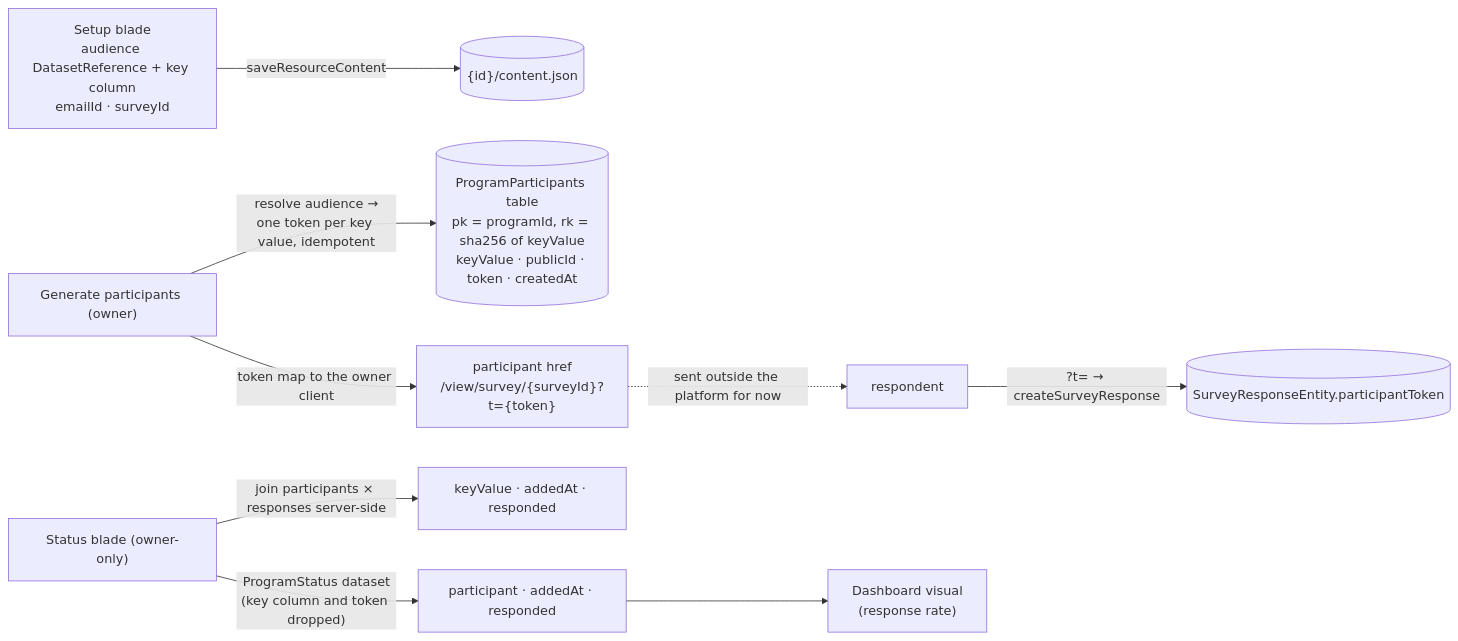
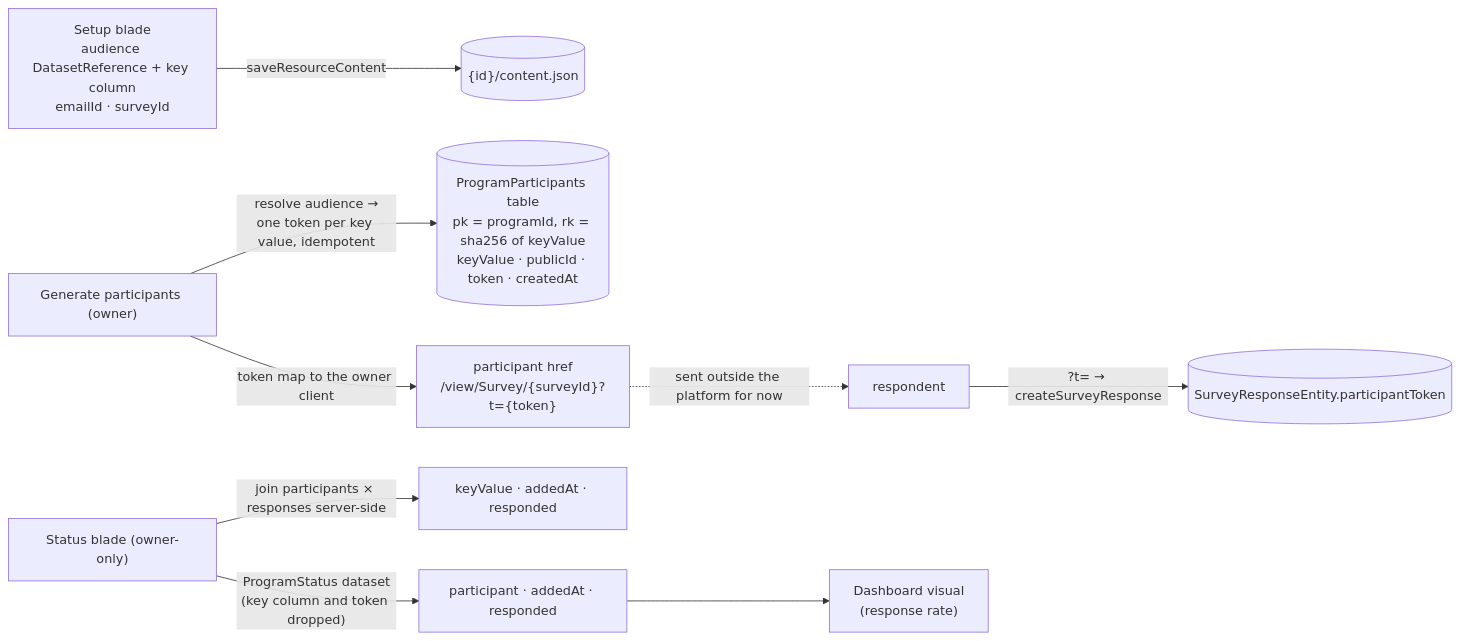
The diagram in packages/app/content/docs/platform/program-resource.md (Esposter/Esposter), drawn with Mermaid before and after one commit. The commit also changed 17 other files, not shown here.

````diff
--- a/packages/app/content/docs/platform/program-resource.md
+++ b/packages/app/content/docs/platform/program-resource.md
@@ -14,11 +14,11 @@
 ```mermaid
 flowchart LR
   SETUP["Setup blade<br/>audience DatasetReference + key column<br/>emailId · surveyId"] -->|saveResourceContent| BLOB[("{id}/content.json")]
   GEN["Generate participants (owner)"] -->|"resolve audience →<br/>one token per key value, idempotent"| INV[("ProgramParticipants table<br/>pk = programId, rk = sha256 of keyValue<br/>keyValue · publicId · token · createdAt")]
-  GEN -->|"token map to the owner client"| EXPORT["participant href<br/>/view/survey/{surveyId}?t={token}"]
+  GEN -->|"token map to the owner client"| EXPORT["participant href<br/>/view/Survey/{surveyId}?t={token}"]
   EXPORT -.->|"sent outside the platform for now"| RESP["respondent"]
   RESP -->|"?t= → createSurveyResponse"| SR[("SurveyResponseEntity.participantToken")]
   STATUS["Status blade (owner-only)"] -->|"join participants × responses server-side"| FUNNEL["keyValue · addedAt · responded"]
   STATUS -->|"ProgramStatus dataset<br/>(key column and token dropped)"| PUBSAFE["participant · addedAt · responded"]
   PUBSAFE --> DASH["Dashboard visual<br/>(response rate)"]
 ```
````
